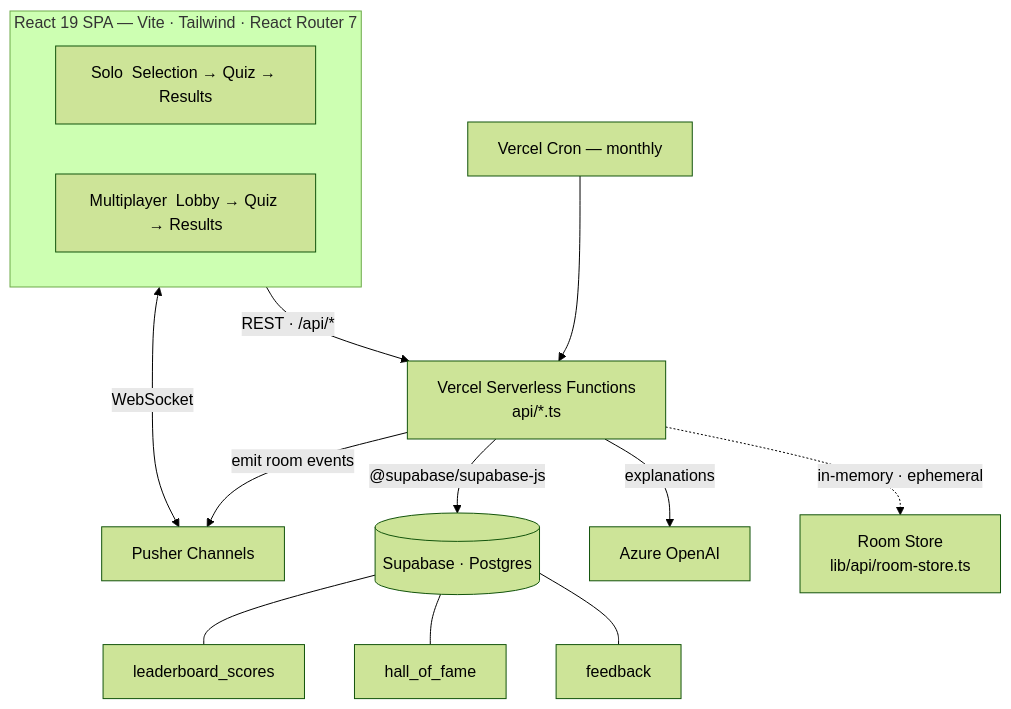
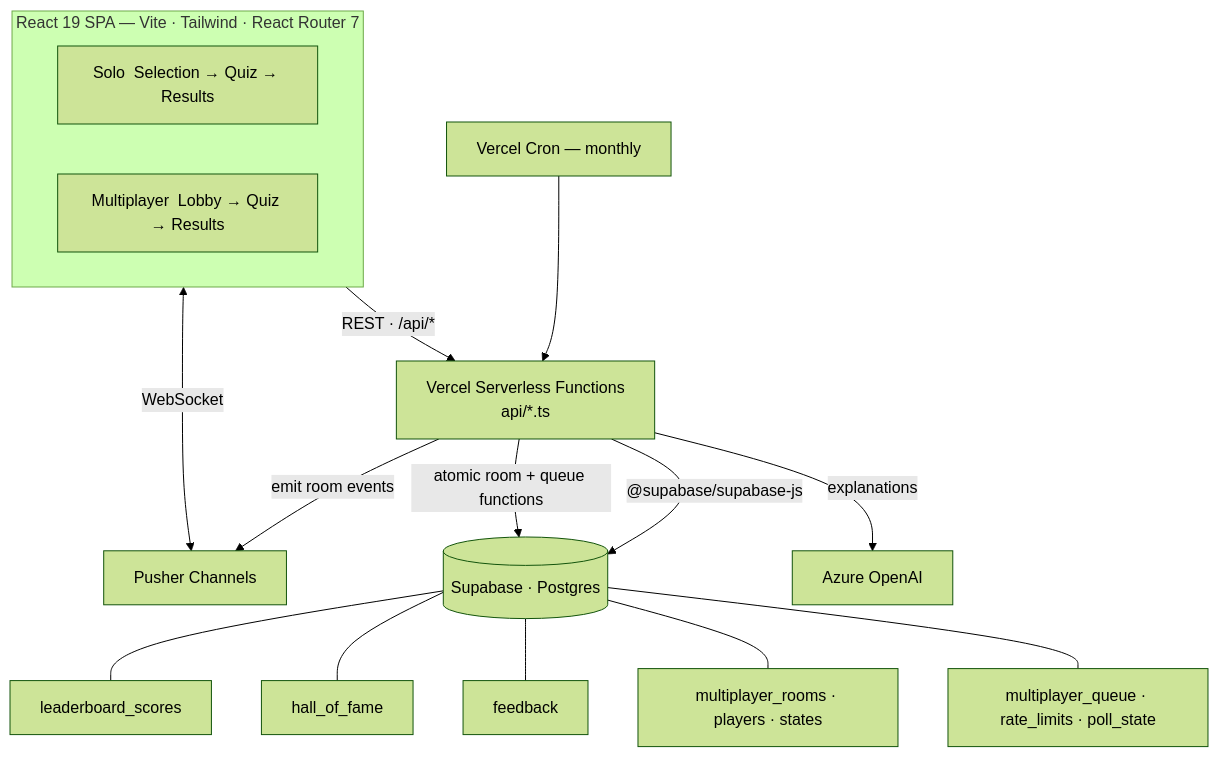
One commit to GitHubCJ123/Math-Practice-Game changed the diagram in README.md. Above: the diagram before and after it, drawn with Mermaid (forest theme). The commit also changed other lines of this file and 21 other files, not shown here.

````diff
--- a/README.md
+++ b/README.md
@@ -131,21 +131,23 @@
 ```mermaid
 flowchart TD
     subgraph Browser["React 19 SPA — Vite · Tailwind · React Router 7"]
         Solo["Solo&nbsp;&nbsp;Selection → Quiz → Results"]
         MP["Multiplayer&nbsp;&nbsp;Lobby → Quiz → Results"]
     end
 
     Browser -- "REST · /api/*" --> Fns["Vercel Serverless Functions<br/>api/*.ts"]
     Browser <-- "WebSocket" --> Pusher["Pusher Channels"]
 
     Fns -- "@supabase/supabase-js" --> DB[("Supabase · Postgres")]
     Fns -- "emit room events" --> Pusher
     Fns -- "explanations" --> Azure["Azure OpenAI"]
-    Fns -. "in-memory · ephemeral" .-> Rooms["Room Store<br/>lib/api/room-store.ts"]
+    Fns -- "atomic room + queue functions" --> DB
 
     DB --- T1["leaderboard_scores"]
     DB --- T2["hall_of_fame"]
     DB --- T3["feedback"]
+    DB --- T4["multiplayer_rooms · players · states"]
+    DB --- T5["multiplayer_queue · rate_limits · poll_state"]
 
     Cron["Vercel Cron — monthly"] --> Fns
 ```
````
